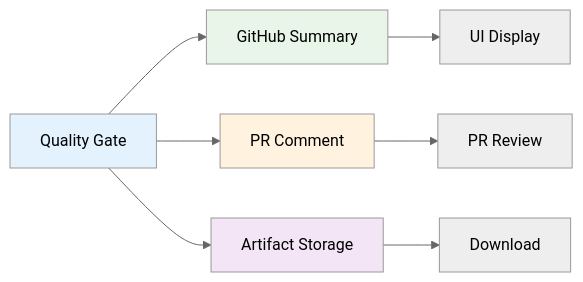
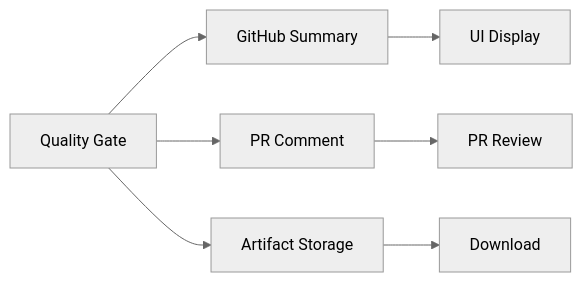
The fourth of 6 diagrams in Docs/CI/README.md (ericodx/swift-structure), drawn with Mermaid (neutral theme) before and after one commit. The commit also changed other lines of this file, not shown here.

````diff
--- a/Docs/CI/README.md
+++ b/Docs/CI/README.md
@@ -190,15 +194,10 @@
 ```mermaid
 graph LR
     A[Quality Gate] --> B[GitHub Summary]
     A --> C[PR Comment]
     A --> D[Artifact Storage]
     
     B --> E[UI Display]
     C --> F[PR Review]
     D --> G[Download]
-    
-    style A fill:#e3f2fd
-    style B fill:#e8f5e8
-    style C fill:#fff3e0
-    style D fill:#f3e5f5
 ```
````
